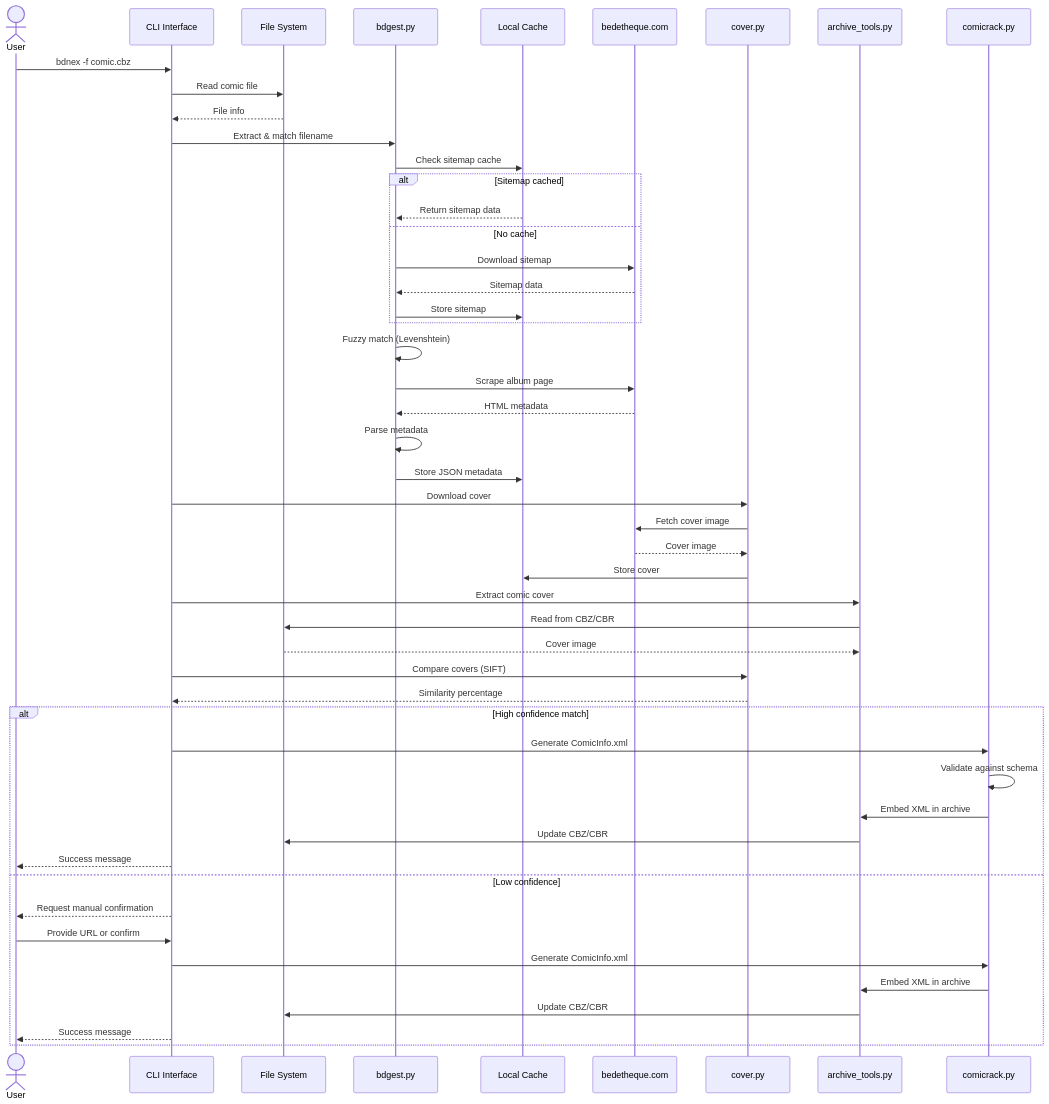
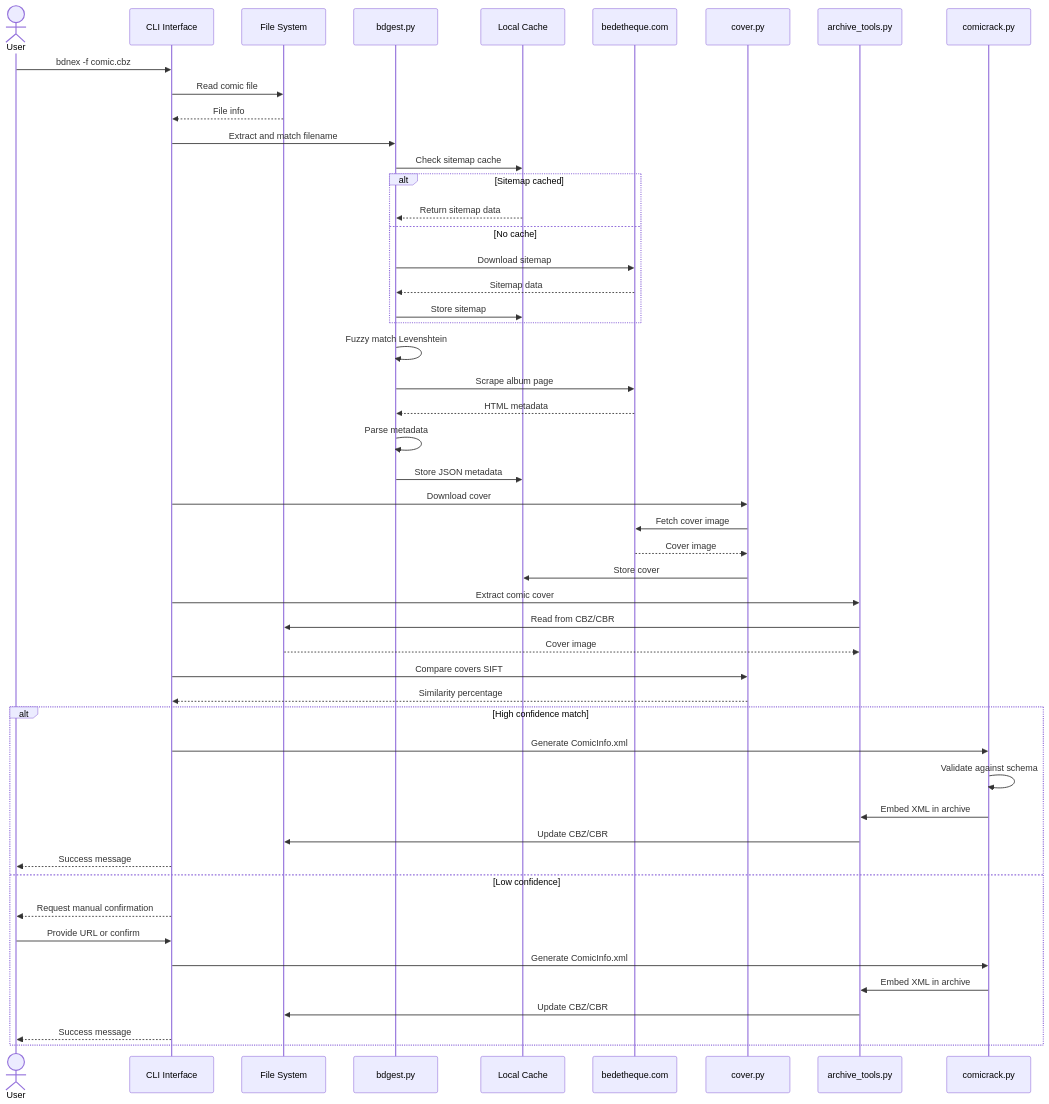
One commit to guiltekmdion/bdnex changed the second of 2 diagrams in README.md. Above: the diagram before and after it, drawn with Mermaid. The commit also changed other lines of this file and 1 other file, not shown here.

Commit message:
Fix Mermaid diagram syntax for GitHub compatibility

````diff
--- a/README.md
+++ b/README.md
@@ -420,59 +429,59 @@
 ```mermaid
 sequenceDiagram
     actor User
     participant CLI as CLI Interface
     participant FS as File System
     participant BDG as bdgest.py
     participant CACHE as Local Cache
     participant WEB as bedetheque.com
     participant COV as cover.py
     participant ARC as archive_tools.py
     participant CR as comicrack.py
     
     User->>CLI: bdnex -f comic.cbz
     CLI->>FS: Read comic file
     FS-->>CLI: File info
-    CLI->>BDG: Extract & match filename
+    CLI->>BDG: Extract and match filename
     
     BDG->>CACHE: Check sitemap cache
     alt Sitemap cached
         CACHE-->>BDG: Return sitemap data
     else No cache
         BDG->>WEB: Download sitemap
         WEB-->>BDG: Sitemap data
         BDG->>CACHE: Store sitemap
     end
     
-    BDG->>BDG: Fuzzy match (Levenshtein)
+    BDG->>BDG: Fuzzy match Levenshtein
     BDG->>WEB: Scrape album page
     WEB-->>BDG: HTML metadata
     BDG->>BDG: Parse metadata
     BDG->>CACHE: Store JSON metadata
     
     CLI->>COV: Download cover
     COV->>WEB: Fetch cover image
     WEB-->>COV: Cover image
     COV->>CACHE: Store cover
     
     CLI->>ARC: Extract comic cover
     ARC->>FS: Read from CBZ/CBR
     FS-->>ARC: Cover image
     
-    CLI->>COV: Compare covers (SIFT)
+    CLI->>COV: Compare covers SIFT
     COV-->>CLI: Similarity percentage
     
     alt High confidence match
         CLI->>CR: Generate ComicInfo.xml
         CR->>CR: Validate against schema
         CR->>ARC: Embed XML in archive
         ARC->>FS: Update CBZ/CBR
         CLI-->>User: Success message
     else Low confidence
         CLI-->>User: Request manual confirmation
         User->>CLI: Provide URL or confirm
         CLI->>CR: Generate ComicInfo.xml
         CR->>ARC: Embed XML in archive
         ARC->>FS: Update CBZ/CBR
         CLI-->>User: Success message
     end
 ```
````
